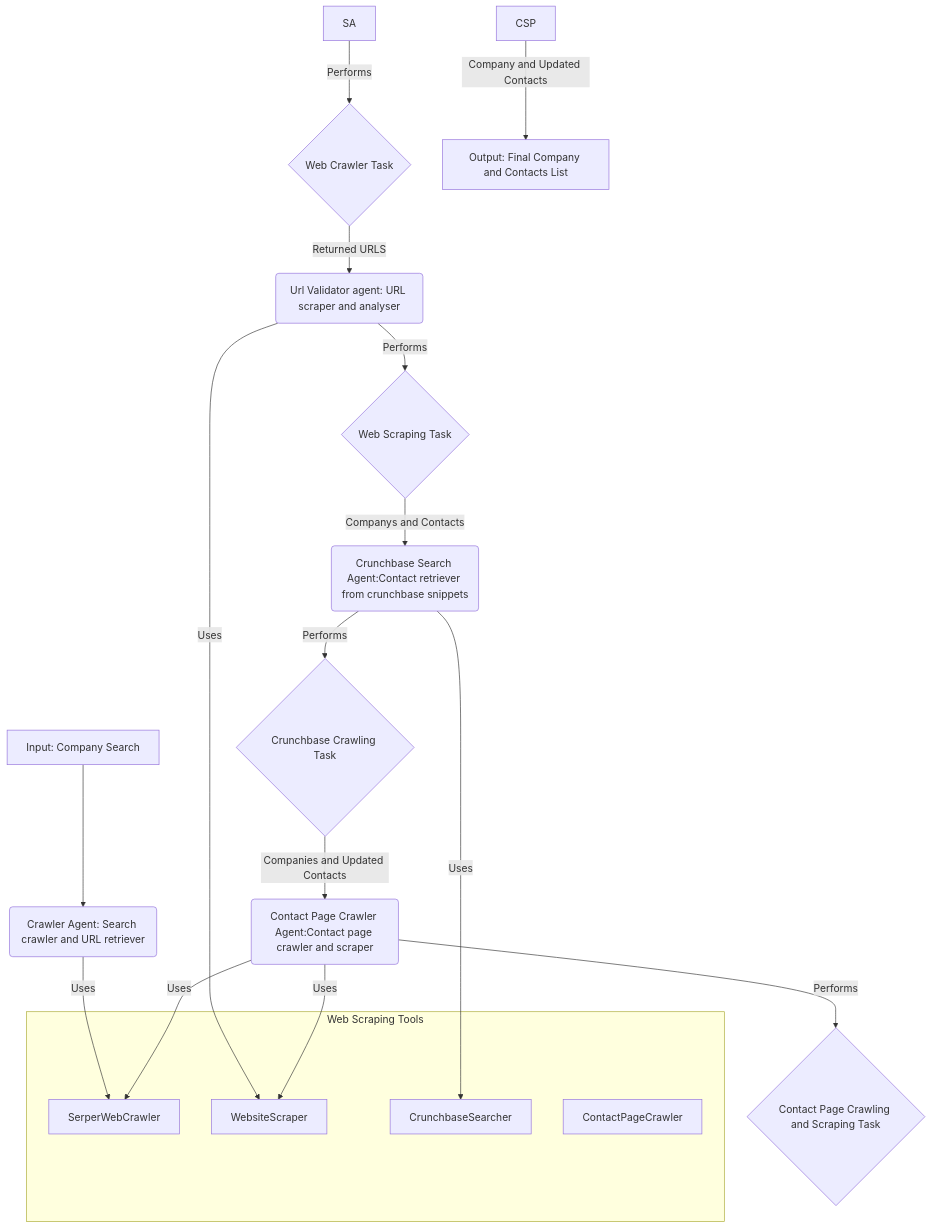
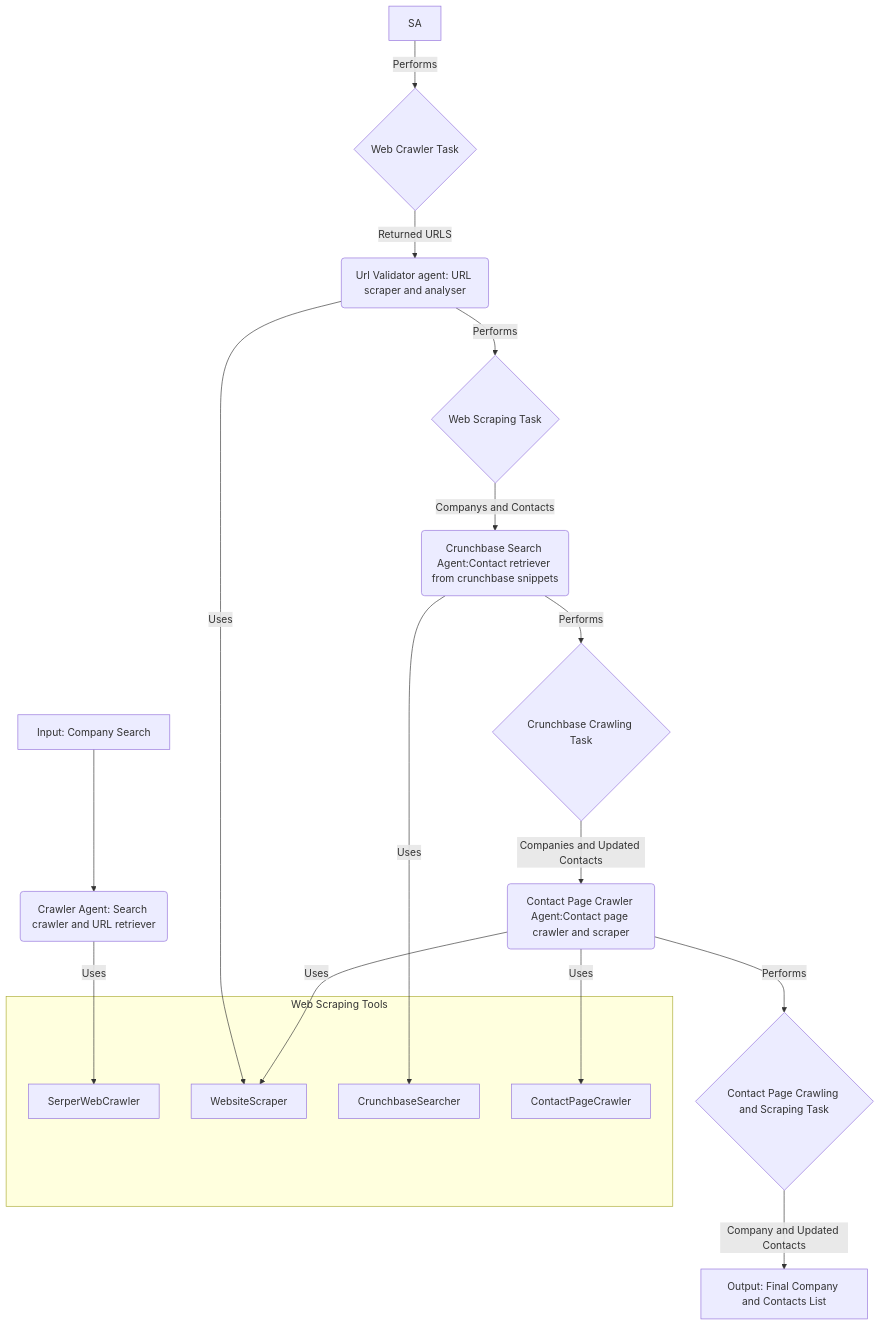
The diagram in crewai-company-finder-agent/README.md (masumi-network/crewai-masumi-reference-implementations), drawn with Mermaid before and after one commit.

Commit message:
fixed formatting in mermaid graph

````diff
--- a/crewai-company-finder-agent/README.md
+++ b/crewai-company-finder-agent/README.md
@@ -5,33 +5,33 @@
 ```mermaid
 graph TD
     A[Input: Company Search] --> CA(Crawler Agent: Search crawler and URL retriever);
 
     subgraph "Web Scraping Tools"
         T1[SerperWebCrawler]
         T2[WebsiteScraper]
         T3[CrunchbaseSearcher]
         T4[ContactPageCrawler]
     end
 
     CA -- Uses --> T1;
     SA -- Performs --> WBT{Web Crawler Task};
 
     WBT -- Returned URLS --> UV(Url Validator agent: URL scraper and analyser);
     UV -- Uses --> T2;
     UV -- Performs --> WST{Web Scraping Task};
 
     WST -- Companys and Contacts --> CS(Crunchbase Search Agent:Contact retriever from crunchbase snippets);
     
 
     CS -- Uses --> T3;
     CS -- Performs --> CCT{Crunchbase Crawling Task};
 
     CCT -- Companies and Updated Contacts --> CPC(Contact Page Crawler Agent:Contact page crawler and scraper);
 
-    CPC -- Uses --> T1;
+    CPC -- Uses --> T4;
     CPC -- Uses --> T2;
 
     CPC -- Performs --> CPS{Contact Page Crawling and Scraping Task};
-    CSP -- Company and Updated Contacts --> FL[Output: Final Company and Contacts List];
+    CPS -- Company and Updated Contacts --> FL[Output: Final Company and Contacts List];
     
 ```
````
